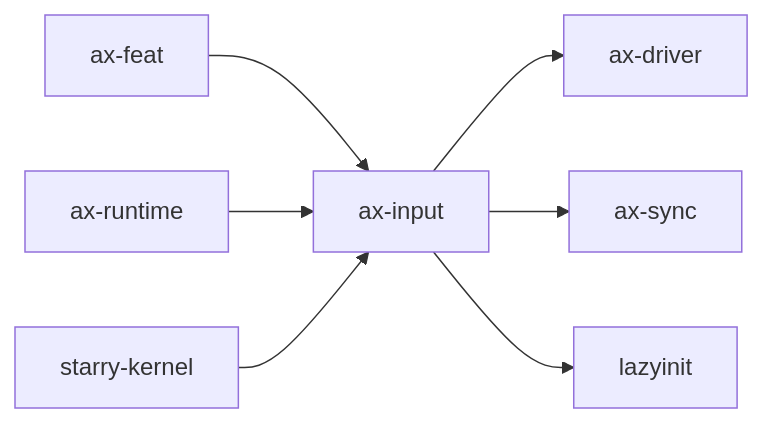
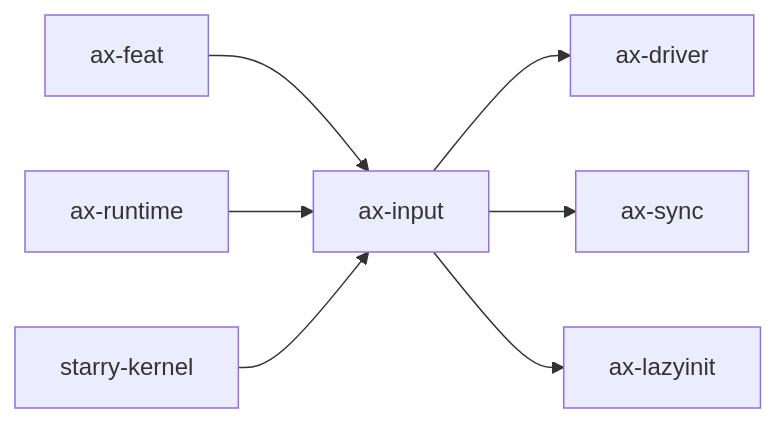
One commit to zKurisu/tgoskits changed the diagram in docs/crates/ax-input.md. Above: the diagram before and after it, drawn with Mermaid. The commit also changed other lines of this file and 72 other files, not shown here.

````diff
--- a/docs/crates/ax-input.md
+++ b/docs/crates/ax-input.md
@@ -31,10 +31,10 @@
 ```mermaid
 graph LR
     current["ax-input"]
     current --> ax-driver["ax-driver"]
     current --> ax-sync["ax-sync"]
-    current --> lazyinit["lazyinit"]
+    current --> ax_lazyinit["ax-lazyinit"]
     ax_feat["ax-feat"] --> current
     ax_runtime["ax-runtime"] --> current
     starry_kernel["starry-kernel"] --> current
 ```
````
